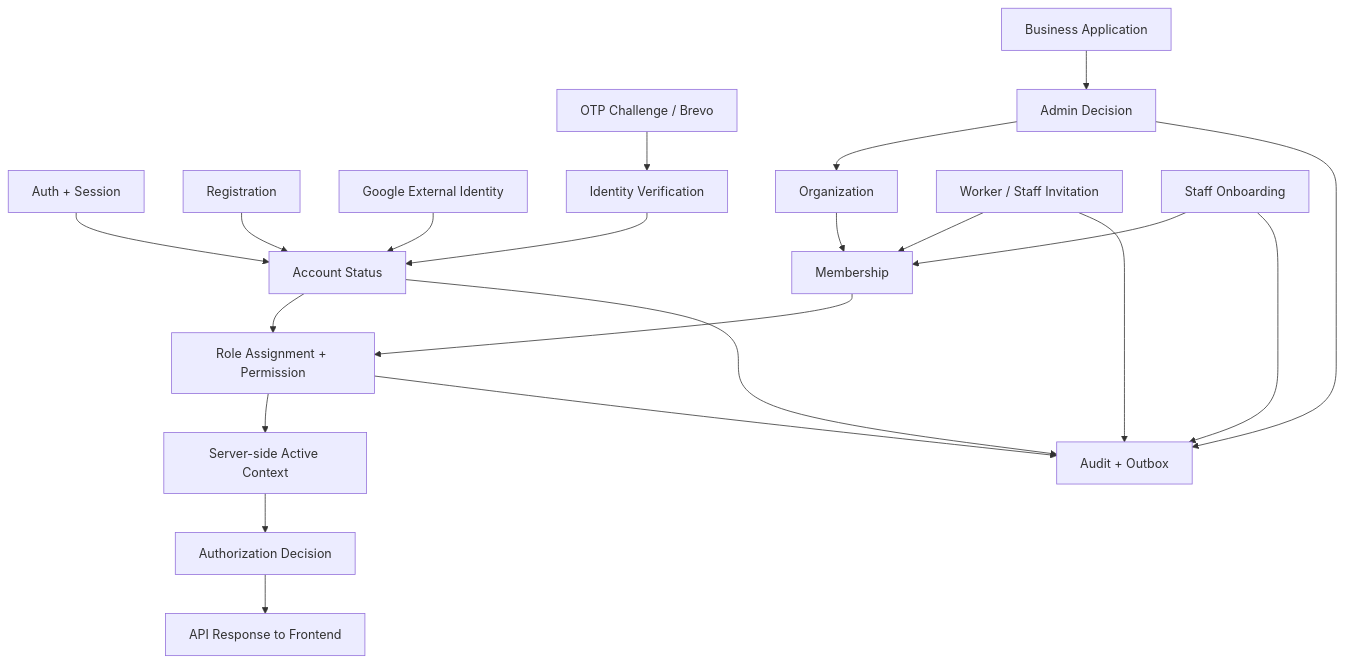
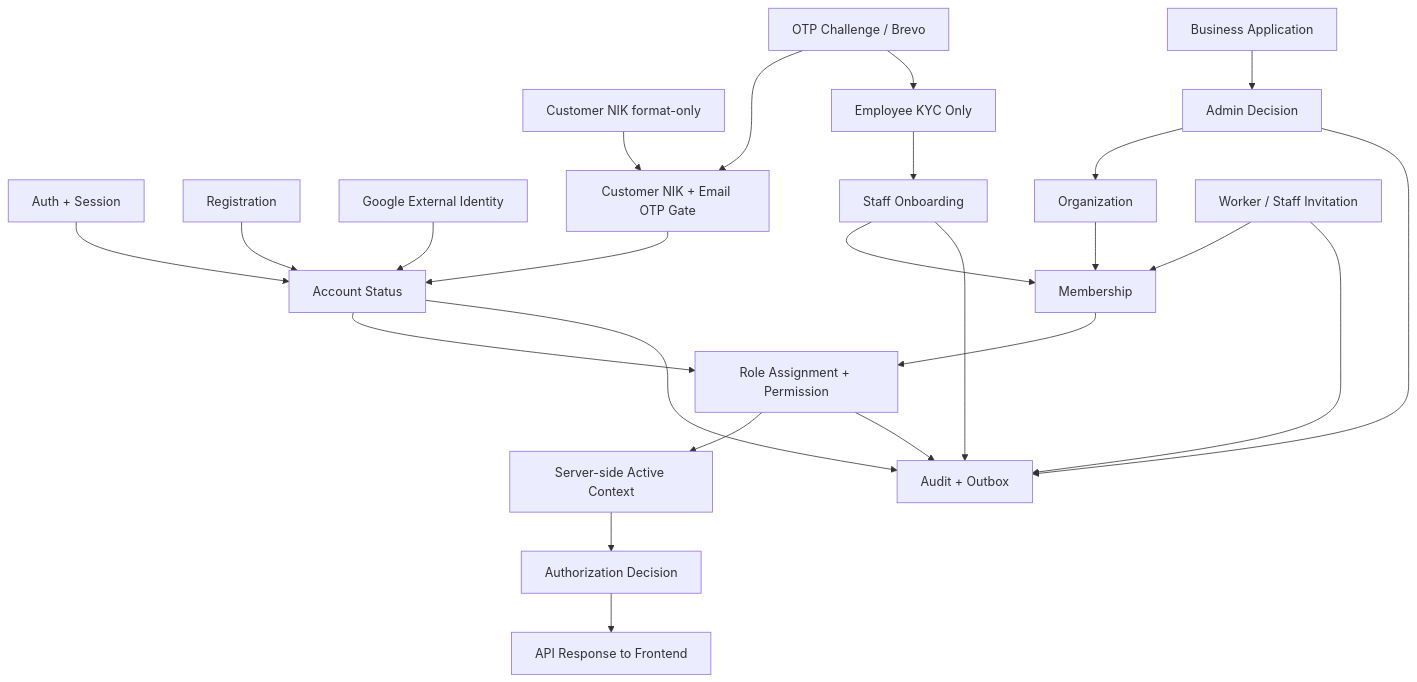
The fifth of 8 diagrams in docs/backend/01-identity-access/01-identity-access.md (bilfat/servio), drawn with Mermaid before and after one commit. The commit also changed other lines of this file and 264 other files, not shown here.

````diff
--- a/docs/backend/01-identity-access/01-identity-access.md
+++ b/docs/backend/01-identity-access/01-identity-access.md
@@ -1230,23 +1317,26 @@
 ```mermaid
 flowchart TD
   AUTH[Auth + Session] --> ACCOUNT[Account Status]
   REGISTER[Registration] --> ACCOUNT
   GOOGLE[Google External Identity] --> ACCOUNT
-  OTP[OTP Challenge / Brevo] --> VERIFY[Identity Verification]
-  VERIFY --> ACCOUNT
+  OTP[OTP Challenge / Brevo] --> CUST[Customer NIK + Email OTP Gate]
+  NIK[Customer NIK format-only] --> CUST
+  CUST --> ACCOUNT
+  OTP --> STAFFVERIFY[Employee KYC Only]
+  STAFFVERIFY --> STAFF
   BIZ[Business Application] --> REVIEW[Admin Decision]
   REVIEW --> ORG[Organization]
   ORG --> MEMBERSHIP[Membership]
   INVITE[Worker / Staff Invitation] --> MEMBERSHIP
   STAFF[Staff Onboarding] --> MEMBERSHIP
   ACCOUNT --> RBAC[Role Assignment + Permission]
   MEMBERSHIP --> RBAC
   RBAC --> CONTEXT[Server-side Active Context]
   CONTEXT --> AUTHZ[Authorization Decision]
   AUTHZ --> UI[API Response to Frontend]
   ACCOUNT --> AUD[Audit + Outbox]
   REVIEW --> AUD
   INVITE --> AUD
   STAFF --> AUD
   RBAC --> AUD
 ```
````
